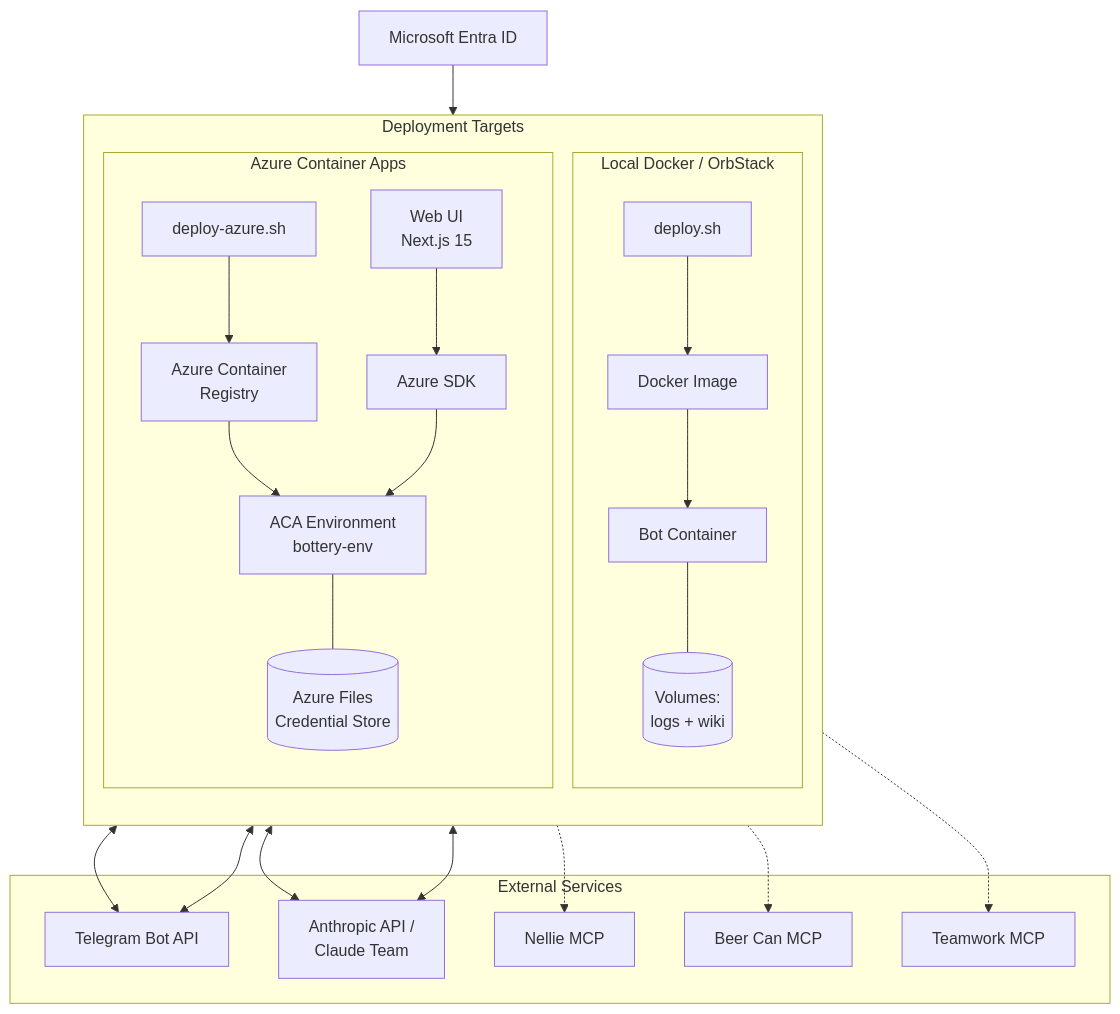
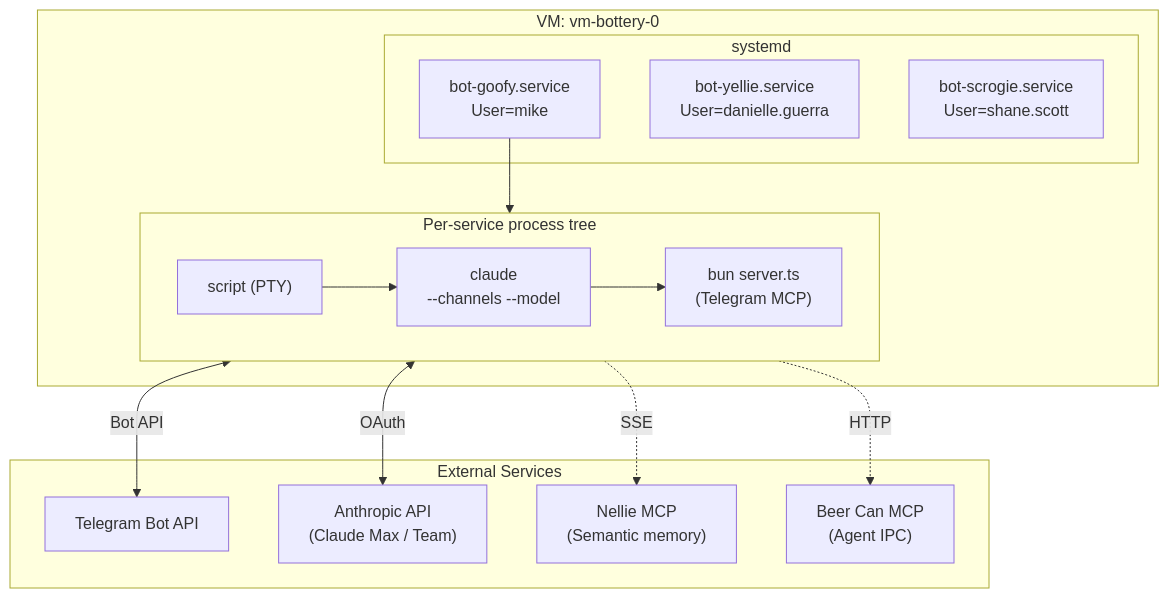
Before and after one commit to mmorris35/bottery: the second of 5 diagrams in ARCHITECTURE.md, drawn with Mermaid. The commit also changed other lines of this file, not shown here.

First line of the commit message:
Replace container architecture doc with v2 VM/systemd model

````diff
--- a/ARCHITECTURE.md
+++ b/ARCHITECTURE.md
@@ -7,36 +70,30 @@
 ```mermaid
 graph TB
-    subgraph "Deployment Targets"
-        direction TB
-        subgraph "Local Docker / OrbStack"
-            DS[deploy.sh] --> DI[Docker Image]
-            DI --> DC[Bot Container]
-            DC --- DV[(Volumes:<br/>logs + wiki)]
+    subgraph "VM: vm-bottery-0"
+        subgraph "systemd"
+            S1["bot-goofy.service<br/>User=mike"]
+            S2["bot-yellie.service<br/>User=danielle.guerra"]
+            S3["bot-scrogie.service<br/>User=shane.scott"]
         end
-        subgraph "Azure Container Apps"
-            DA[deploy-azure.sh] --> ACR[Azure Container<br/>Registry]
-            WEB[Web UI<br/>Next.js 15] --> ACA_API[Azure SDK]
-            ACR --> ACA[ACA Environment<br/>bottery-env]
-            ACA_API --> ACA
-            ACA --- AFS[(Azure Files<br/>Credential Store)]
+
+        subgraph "Per-service process tree"
+            direction LR
+            P1["script (PTY)"] --> P2["claude<br/>--channels --model"]
+            P2 --> P3["bun server.ts<br/>(Telegram MCP)"]
         end
+
+        S1 --> P1
     end
 
     subgraph "External Services"
-        TG[Telegram Bot API]
-        CLAUDE[Anthropic API /<br/>Claude Team]
-        MCP_N[Nellie MCP]
-        MCP_B[Beer Can MCP]
-        MCP_TW[Teamwork MCP]
+        TG["Telegram Bot API"]
+        CLAUDE["Anthropic API<br/>(Claude Max / Team)"]
+        NELLIE["Nellie MCP<br/>(Semantic memory)"]
+        BC["Beer Can MCP<br/>(Agent IPC)"]
     end
 
-    DC <--> TG
-    DC <--> CLAUDE
-    ACA <--> TG
-    ACA <--> CLAUDE
-    DC -.-> MCP_N
-    DC -.-> MCP_B
-    ACA -.-> MCP_TW
-
-    ENTRA[Microsoft Entra ID] --> WEB
+    P3 <-->|Bot API| TG
+    P2 <-->|OAuth| CLAUDE
+    P2 -.->|SSE| NELLIE
+    P2 -.->|HTTP| BC
 ```
````
